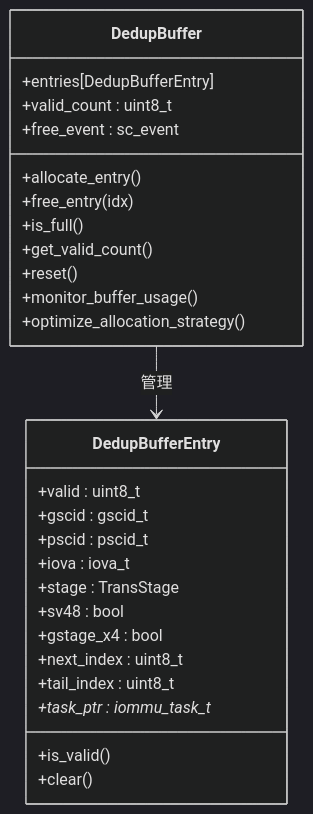
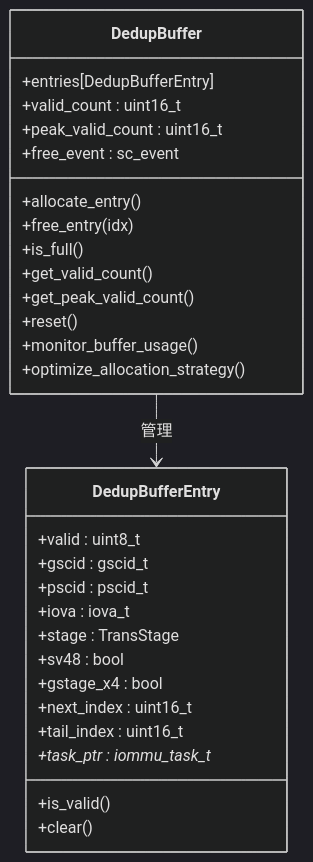
Before and after one commit to jiangjiang1122/iommu_model_20260401_v1: the fourth of 7 diagrams in .qoder/repowiki/zh/content/缓存系统架构/页表缓存(PT Cache)/PT Cache去重+预取集成.md, drawn with Mermaid (dark theme). The commit also changed other lines of this file and 22 other files, not shown here.

````diff
--- a/.qoder/repowiki/zh/content/缓存系统架构/页表缓存(PT Cache)/PT Cache去重+预取集成.md
+++ b/.qoder/repowiki/zh/content/缓存系统架构/页表缓存(PT Cache)/PT Cache去重+预取集成.md
@@ -307,30 +313,32 @@
 ```mermaid
 classDiagram
 class DedupBuffer {
 +entries[DedupBufferEntry]
-+valid_count : uint8_t
++valid_count : uint16_t
++peak_valid_count : uint16_t
 +free_event : sc_event
 +allocate_entry()
 +free_entry(idx)
 +is_full()
 +get_valid_count()
++get_peak_valid_count()
 +reset()
 +monitor_buffer_usage()
 +optimize_allocation_strategy()
 }
 class DedupBufferEntry {
 +valid : uint8_t
 +gscid : gscid_t
 +pscid : pscid_t
 +iova : iova_t
 +stage : TransStage
 +sv48 : bool
 +gstage_x4 : bool
-+next_index : uint8_t
-+tail_index : uint8_t
++next_index : uint16_t
++tail_index : uint16_t
 +task_ptr : iommu_task_t*
 +is_valid()
 +clear()
 }
 DedupBuffer --> DedupBufferEntry : 管理
 ```
````
